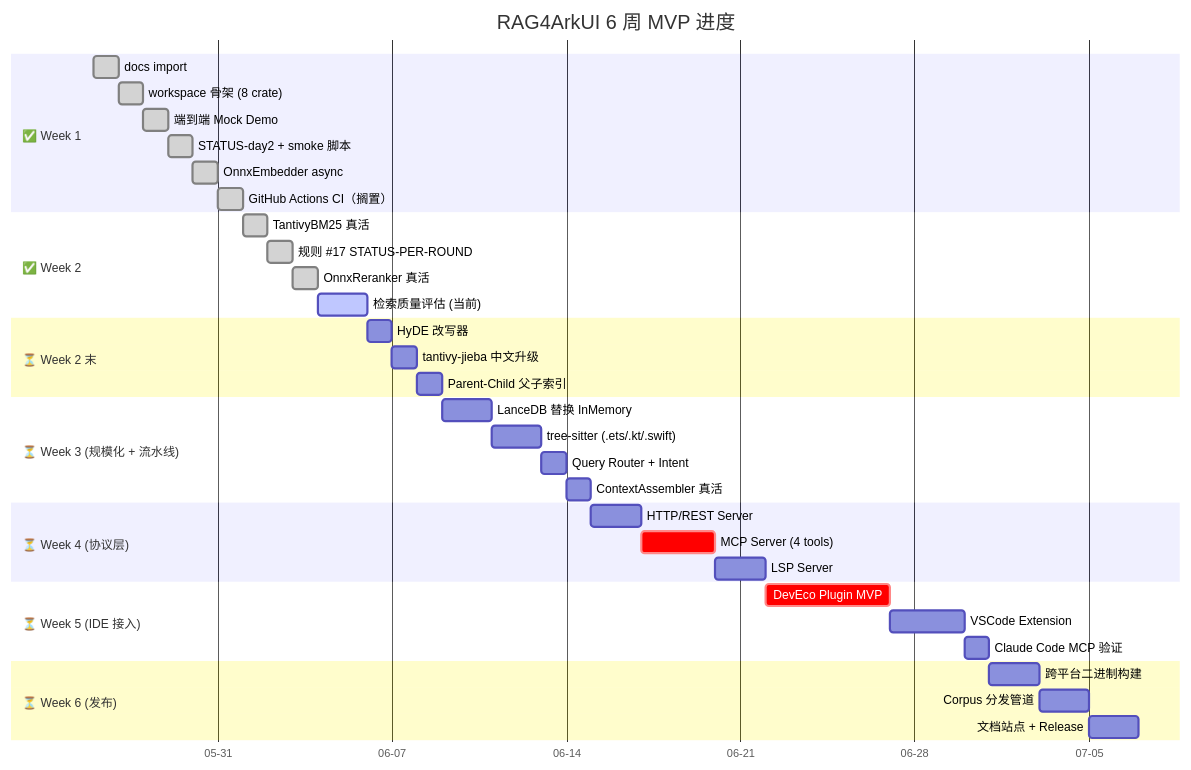
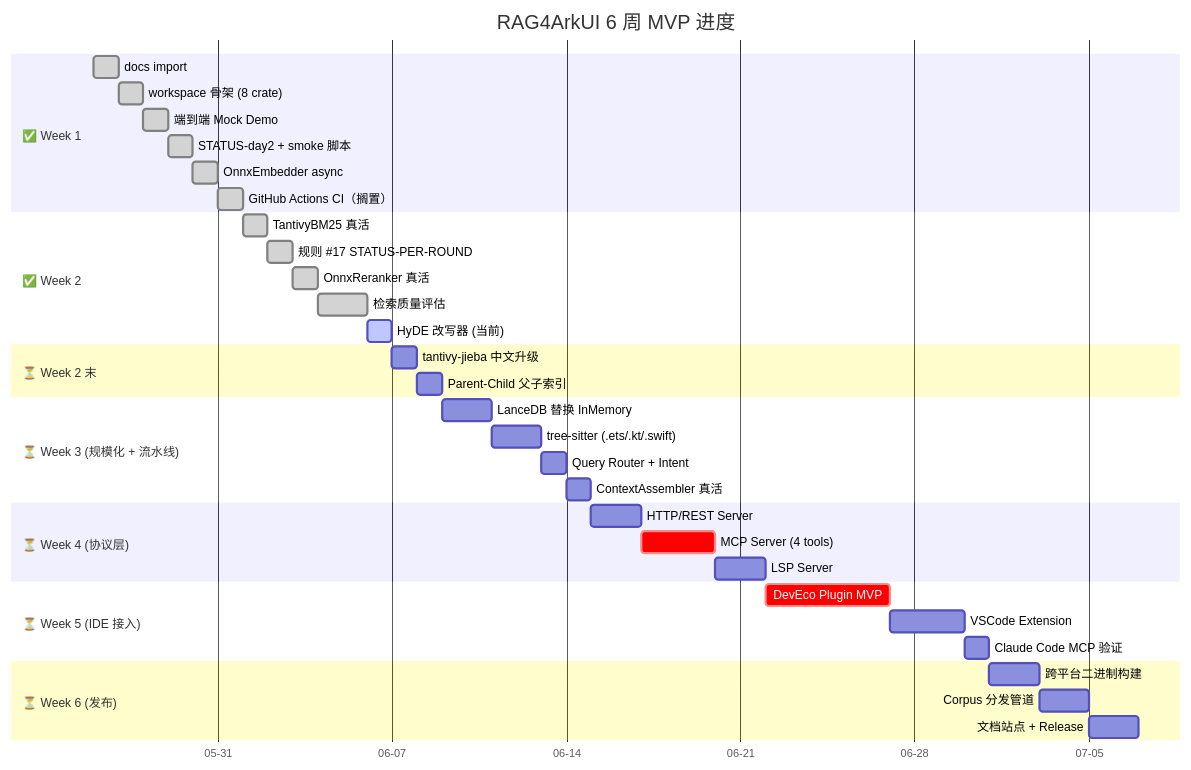
One commit to LeoG1022/RAG4ArkUI changed the diagram in docs/ROADMAP.md. Above: the diagram before and after it, drawn with Mermaid. The commit also changed other lines of this file and 12 other files, not shown here.

````diff
--- a/docs/ROADMAP.md
+++ b/docs/ROADMAP.md
@@ -22,46 +22,46 @@
 ```mermaid
 gantt
     title RAG4ArkUI 6 周 MVP 进度
     dateFormat YYYY-MM-DD
     axisFormat %m-%d
 
     section ✅ Week 1
     docs import                    :done,    d0, 2026-05-26, 1d
     workspace 骨架 (8 crate)         :done,    d1, after d0, 1d
     端到端 Mock Demo                 :done,    d2, after d1, 1d
     STATUS-day2 + smoke 脚本         :done,    d25, after d2, 1d
     OnnxEmbedder async              :done,    d3, after d25, 1d
     GitHub Actions CI（搁置）       :done,    d35, after d3, 1d
 
     section ✅ Week 2
     TantivyBM25 真活                 :done,    d4, after d35, 1d
     规则 #17 STATUS-PER-ROUND       :done,    bsr, after d4, 1d
     OnnxReranker 真活                :done,    d5, after bsr, 1d
-    检索质量评估 (当前)              :active,  d6, after d5, 2d
+    检索质量评估                     :done,    d6, after d5, 2d
+    HyDE 改写器 (当前)               :active,  d7, after d6, 1d
 
     section ⏳ Week 2 末
-    HyDE 改写器                      :         d7, after d6, 1d
     tantivy-jieba 中文升级           :         d8, after d7, 1d
     Parent-Child 父子索引            :         d11, after d8, 1d
 
     section ⏳ Week 3 (规模化 + 流水线)
     LanceDB 替换 InMemory           :         d9, after d11, 2d
     tree-sitter (.ets/.kt/.swift)    :         d10, after d9, 2d
     Query Router + Intent           :         d12, after d10, 1d
     ContextAssembler 真活            :         d13, after d12, 1d
 
     section ⏳ Week 4 (协议层)
     HTTP/REST Server                :         d14, after d13, 2d
     MCP Server (4 tools)            :crit,    d15, after d14, 3d
     LSP Server                      :         d16, after d15, 2d
 
     section ⏳ Week 5 (IDE 接入)
     DevEco Plugin MVP               :crit,    d17, after d16, 5d
     VSCode Extension                :         d18, after d17, 3d
     Claude Code MCP 验证            :         d19, after d18, 1d
 
     section ⏳ Week 6 (发布)
     跨平台二进制构建                  :         d20, after d19, 2d
     Corpus 分发管道                 :         d21, after d20, 2d
     文档站点 + Release              :         d22, after d21, 2d
 ```
````
